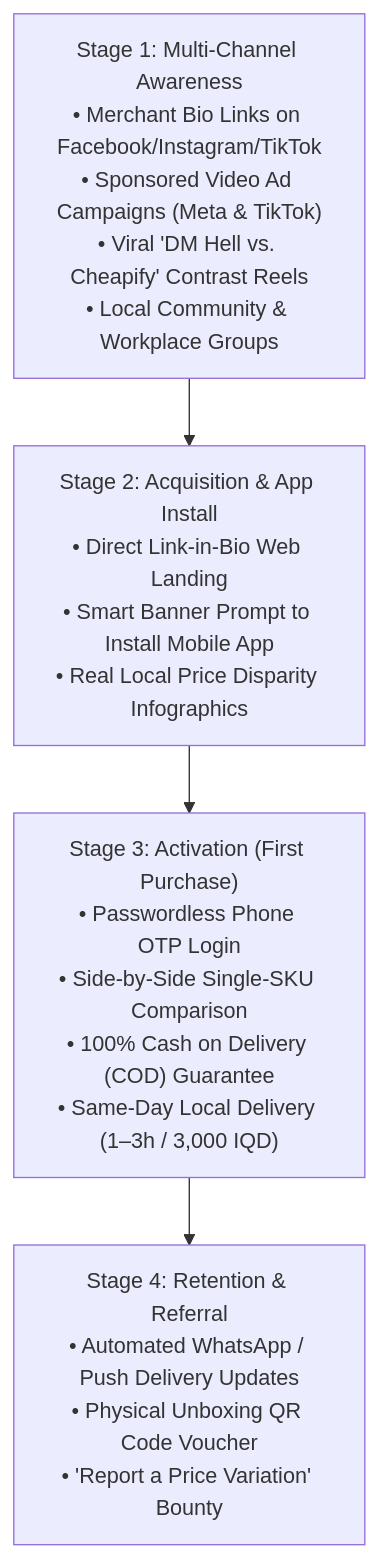
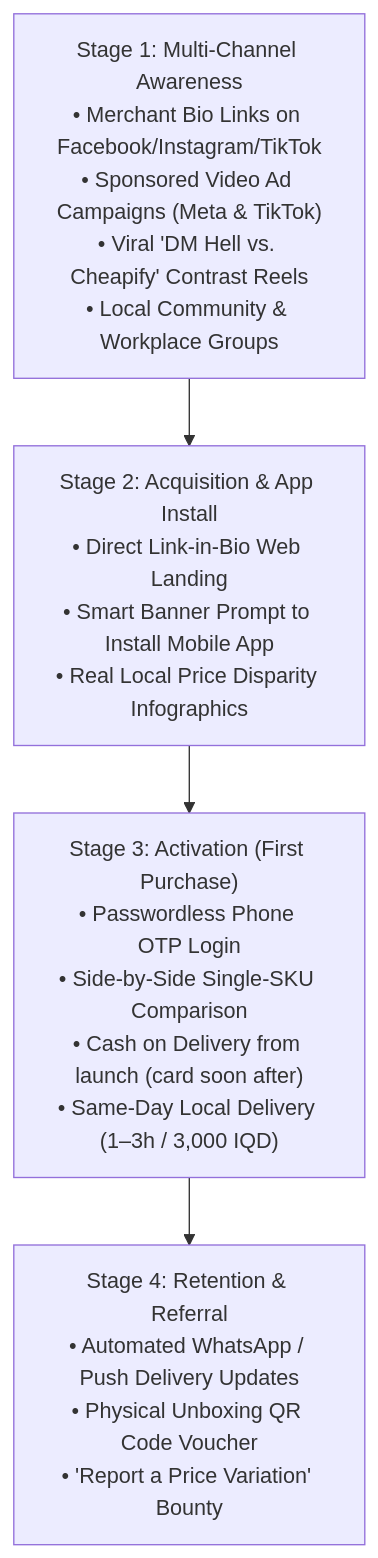
One commit to shakerbr/cheapify changed the second of 2 diagrams in marketing/01_two_sided_gtm_strategy.md. Above: the diagram before and after it, drawn with Mermaid. The commit also changed other lines of this file and 87 other files, not shown here.

````diff
--- a/marketing/01_two_sided_gtm_strategy.md
+++ b/marketing/01_two_sided_gtm_strategy.md
@@ -207,7 +207,7 @@
 ```mermaid
 flowchart TD
     A["Stage 1: Multi-Channel Awareness\n• Merchant Bio Links on Facebook/Instagram/TikTok\n• Sponsored Video Ad Campaigns (Meta & TikTok)\n• Viral 'DM Hell vs. Cheapify' Contrast Reels\n• Local Community & Workplace Groups"]
     --> B["Stage 2: Acquisition & App Install\n• Direct Link-in-Bio Web Landing\n• Smart Banner Prompt to Install Mobile App\n• Real Local Price Disparity Infographics"]
-    --> C["Stage 3: Activation (First Purchase)\n• Passwordless Phone OTP Login\n• Side-by-Side Single-SKU Comparison\n• 100% Cash on Delivery (COD) Guarantee\n• Same-Day Local Delivery (1–3h / 3,000 IQD)"]
+    --> C["Stage 3: Activation (First Purchase)\n• Passwordless Phone OTP Login\n• Side-by-Side Single-SKU Comparison\n• Cash on Delivery from launch (card soon after)\n• Same-Day Local Delivery (1–3h / 3,000 IQD)"]
     --> D["Stage 4: Retention & Referral\n• Automated WhatsApp / Push Delivery Updates\n• Physical Unboxing QR Code Voucher\n• 'Report a Price Variation' Bounty"]
 ```
````
